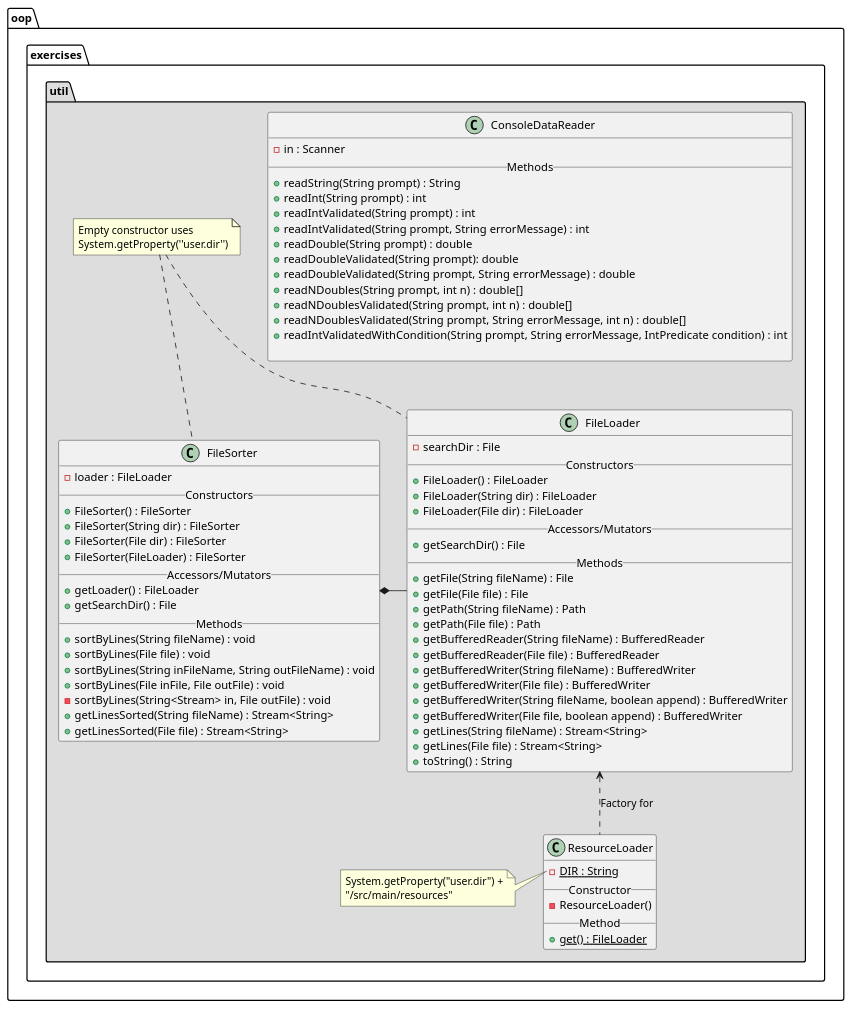
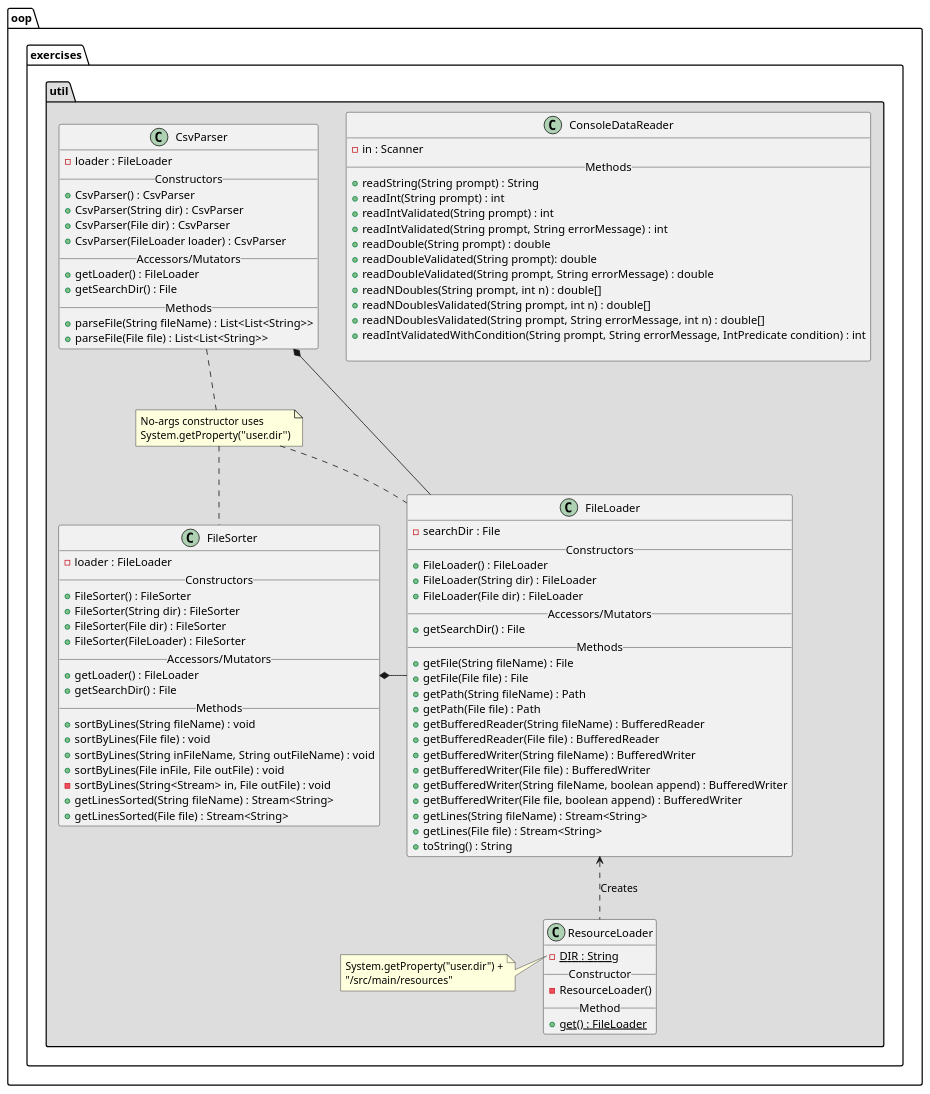
The diagram in docs/utilClassDiagram.puml (xera51/gray-cop3330-assignment3), drawn with PlantUML before and after one commit. The commit also changed 2 other files, not shown here.

Commit message:
NEW: CsvParser

```diff
--- a/docs/utilClassDiagram.puml
+++ b/docs/utilClassDiagram.puml
@@ -1,86 +1,104 @@
 @startuml
 
 package oop.exercises.util #DDDDDD {
 
     class FileLoader {
         - searchDir : File
         __Constructors__
         + FileLoader() : FileLoader
         + FileLoader(String dir) : FileLoader
         + FileLoader(File dir) : FileLoader
         __Accessors/Mutators__
         + getSearchDir() : File
         __Methods__
         + getFile(String fileName) : File
         + getFile(File file) : File
         + getPath(String fileName) : Path
         + getPath(File file) : Path
         + getBufferedReader(String fileName) : BufferedReader
         + getBufferedReader(File file) : BufferedReader
         + getBufferedWriter(String fileName) : BufferedWriter
         + getBufferedWriter(File file) : BufferedWriter
         + getBufferedWriter(String fileName, boolean append) : BufferedWriter
         + getBufferedWriter(File file, boolean append) : BufferedWriter
         + getLines(String fileName) : Stream<String>
         + getLines(File file) : Stream<String>
         + toString() : String
     }
 
     class ResourceLoader {
         - {static} DIR : String
         __Constructor__
         - ResourceLoader()
         __Method__
         + {static} get() : FileLoader
     }
 
     class FileSorter {
         - loader : FileLoader
         __Constructors__
         + FileSorter() : FileSorter
         + FileSorter(String dir) : FileSorter
         + FileSorter(File dir) : FileSorter
         + FileSorter(FileLoader) : FileSorter
         __Accessors/Mutators__
         + getLoader() : FileLoader
         + getSearchDir() : File
         __Methods__
         + sortByLines(String fileName) : void
         + sortByLines(File file) : void
         + sortByLines(String inFileName, String outFileName) : void
         + sortByLines(File inFile, File outFile) : void
         - sortByLines(String<Stream> in, File outFile) : void
         + getLinesSorted(String fileName) : Stream<String>
         + getLinesSorted(File file) : Stream<String>
     }
 
     class ConsoleDataReader {
         - in : Scanner
         __Methods__
         + readString(String prompt) : String
         + readInt(String prompt) : int
         + readIntValidated(String prompt) : int
         + readIntValidated(String prompt, String errorMessage) : int
         + readDouble(String prompt) : double
         + readDoubleValidated(String prompt): double
         + readDoubleValidated(String prompt, String errorMessage) : double
         + readNDoubles(String prompt, int n) : double[]
         + readNDoublesValidated(String prompt, int n) : double[]
         + readNDoublesValidated(String prompt, String errorMessage, int n) : double[]
         + readIntValidatedWithCondition(String prompt, String errorMessage, IntPredicate condition) : int
 
     }
 
-    FileLoader <.. ResourceLoader : "Factory for"
+      class CsvParser {
+            - loader : FileLoader
+            __Constructors__
+            + CsvParser() : CsvParser
+            + CsvParser(String dir) : CsvParser
+            + CsvParser(File dir) : CsvParser
+            + CsvParser(FileLoader loader) : CsvParser
+            __Accessors/Mutators__
+            + getLoader() : FileLoader
+            + getSearchDir() : File
+            __Methods__
+            + parseFile(String fileName) : List<List<String>>
+            + parseFile(File file) : List<List<String>>
+        }
+
+    FileLoader <.. ResourceLoader : "Creates"
     FileSorter *- FileLoader
+    CsvParser *-- FileLoader
 
-    note "Empty constructor uses\nSystem.getProperty(''user.dir'')" as emptyConstructorNote
+    note "No-args constructor uses\nSystem.getProperty(''user.dir'')" as emptyConstructorNote
+    CsvParser .. emptyConstructorNote
     emptyConstructorNote .. FileSorter
     emptyConstructorNote .. FileLoader
+
 
     note left of ResourceLoader::DIR
         System.getProperty("user.dir") +
         "/src/main/resources"
     end note
 }
 @enduml
```
